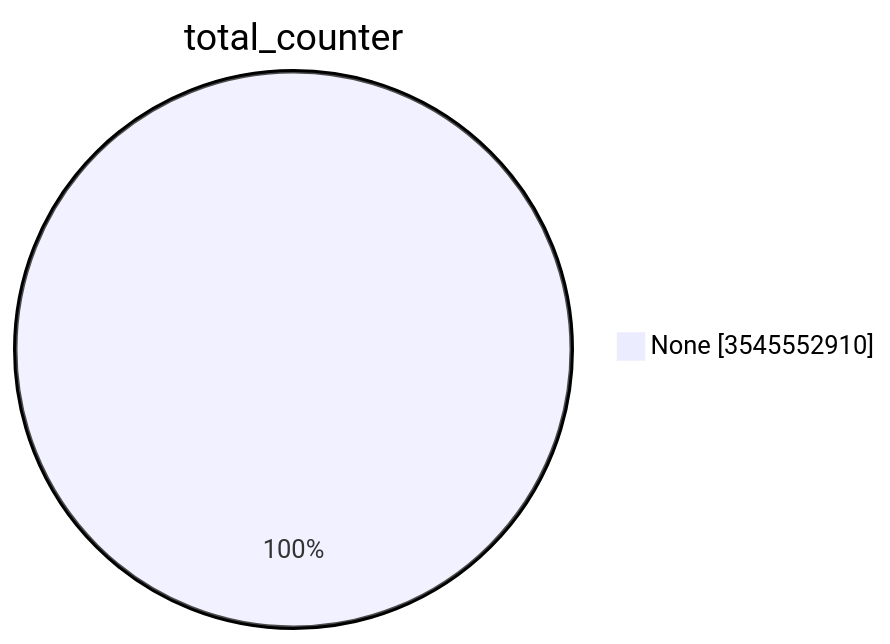
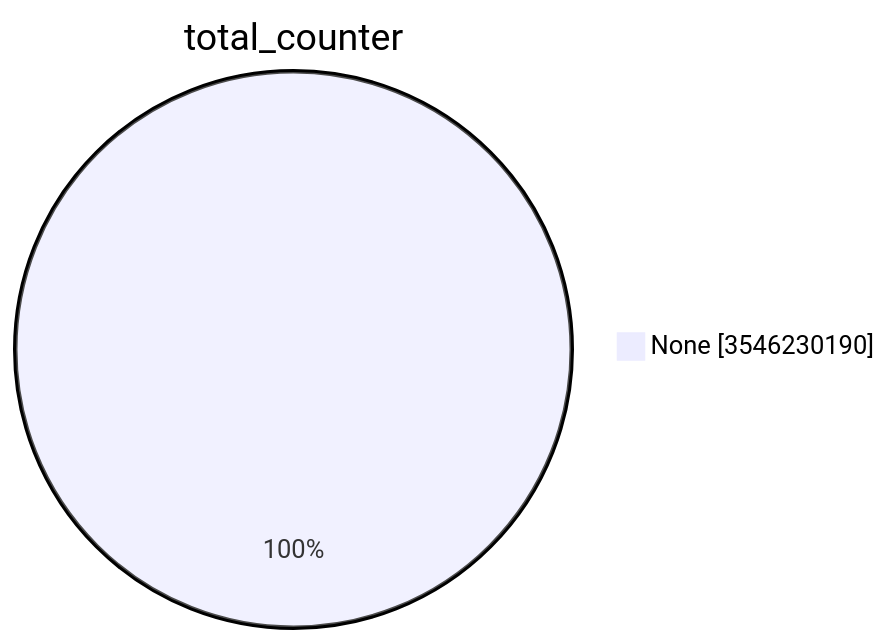
The first of 15 diagrams in TOTAL/README.md (christiankrug/ctmonitor_visualization), drawn with Mermaid before and after one commit. The commit also changed other lines of this file, not shown here.

````diff
--- a/TOTAL/README.md
+++ b/TOTAL/README.md
@@ -1,5 +1,5 @@
 ```mermaid
 pie showData
 title total_counter
-"None" :3545552910
+"None" :3546230190
 ```
````
